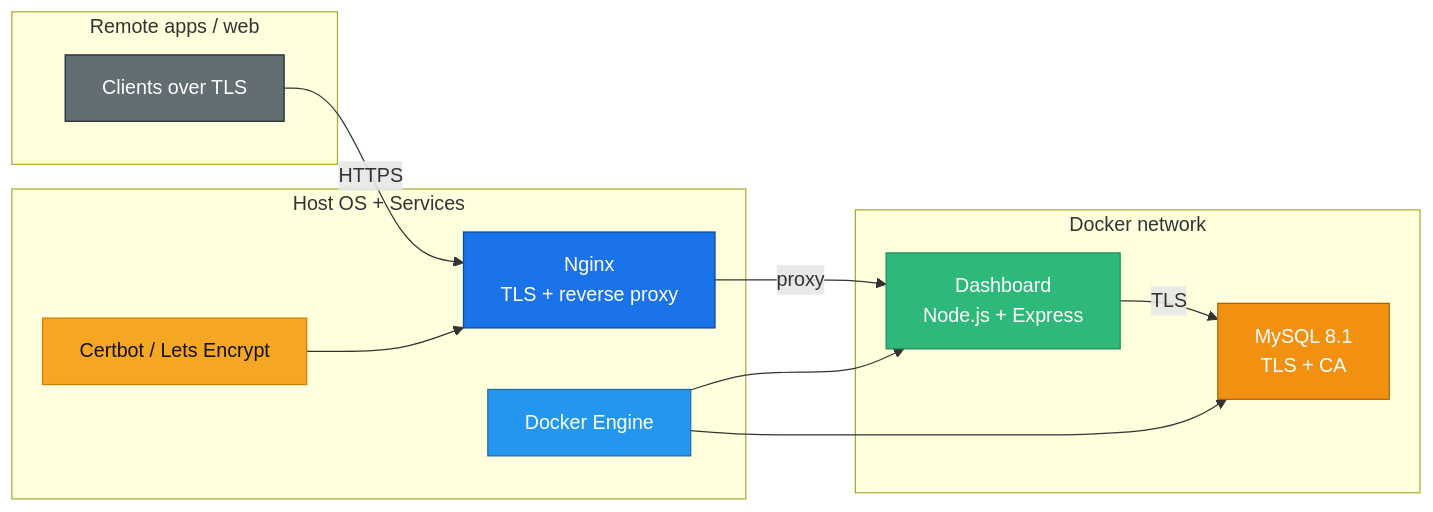
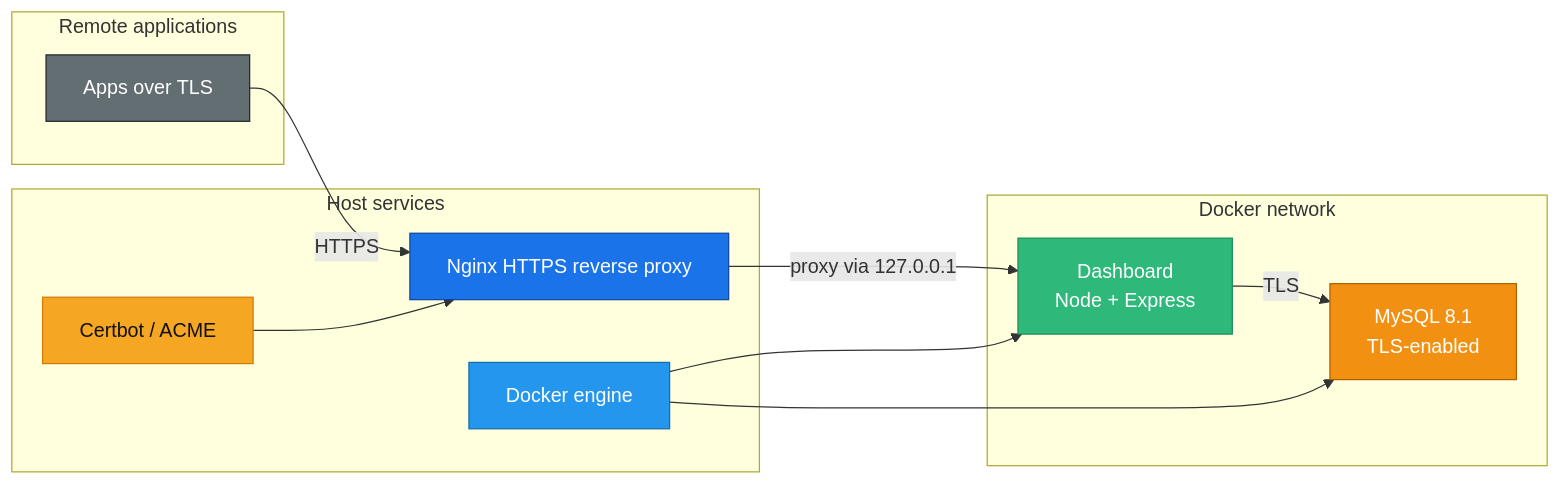
Before and after one commit to adhielesmana/DatabaseManager: the diagram in README.md, drawn with Mermaid. The commit also changed other lines of this file and 7 other files, not shown here.

````diff
--- a/README.md
+++ b/README.md
@@ -24,33 +26,34 @@
 ```mermaid
 flowchart LR
-  subgraph HostNode[Host OS + Services]
-    NGINX[Nginx<br/>TLS + reverse proxy]
-    CERTBOT[Certbot / Lets Encrypt]
-    DOCKER[Docker Engine]
+  subgraph Host[Host services]
+    NGINX[Nginx HTTPS reverse proxy]
+    CERTBOT[Certbot / ACME]
+    DOCKER[Docker engine]
   end
-  subgraph Containers[Docker network]
-    DASH[Dashboard<br/>Node.js + Express]
-    MYSQL[MySQL 8.1<br/>TLS + CA]
+  subgraph Bridge[Docker network]
+    DASH[Dashboard<br/>Node + Express]
+    MYSQL[MySQL 8.1<br/>TLS-enabled]
   end
-  subgraph Clients[Remote apps / web]
-    CLIENTS[Clients over TLS]
+  subgraph Clients[Remote applications]
+    CLIENTS[Apps over TLS]
   end
+
   CLIENTS -->|HTTPS| NGINX
-  NGINX -->|proxy| DASH
+  CERTBOT --> NGINX
+  NGINX -->|proxy via 127.0.0.1| DASH
   DASH -->|TLS| MYSQL
   DOCKER --> DASH
   DOCKER --> MYSQL
-  CERTBOT --> NGINX
   classDef nginx fill:#1a73e8,stroke:#0c47a1,color:#fff;
   classDef docker fill:#2496ed,stroke:#176ea8,color:#fff;
   classDef mysql fill:#f29111,stroke:#ac6100,color:#fff;
   classDef dashboard fill:#2eb879,stroke:#1a8c5b,color:#fff;
   classDef clients fill:#636e72,stroke:#1e272e,color:#fff;
   classDef certbot fill:#f5a623,stroke:#d17b00,color:#111;
   class NGINX nginx;
   class DOCKER docker;
   class MYSQL mysql;
   class DASH dashboard;
   class CLIENTS clients;
   class CERTBOT certbot;
-``` 
+```
````
